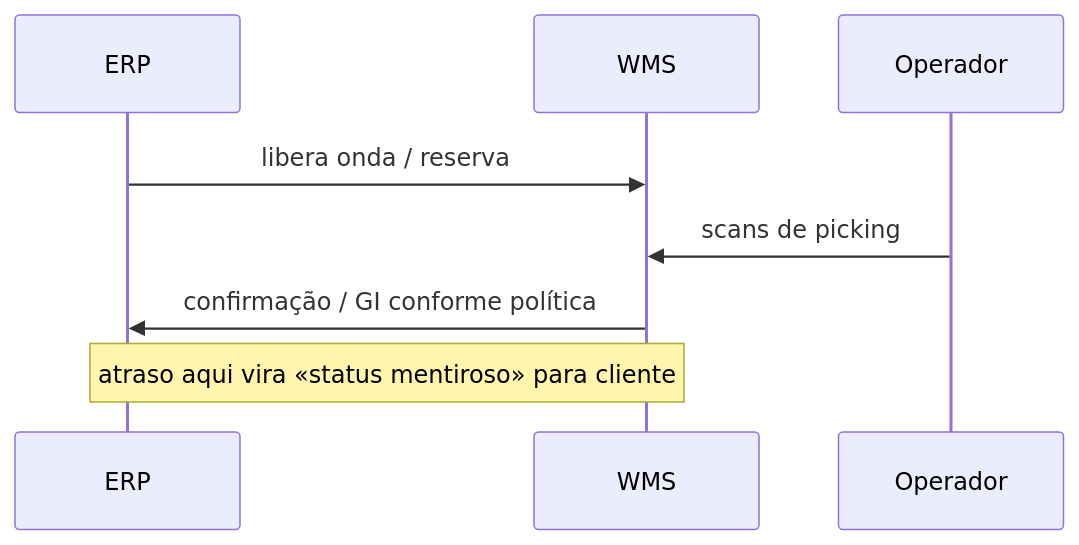
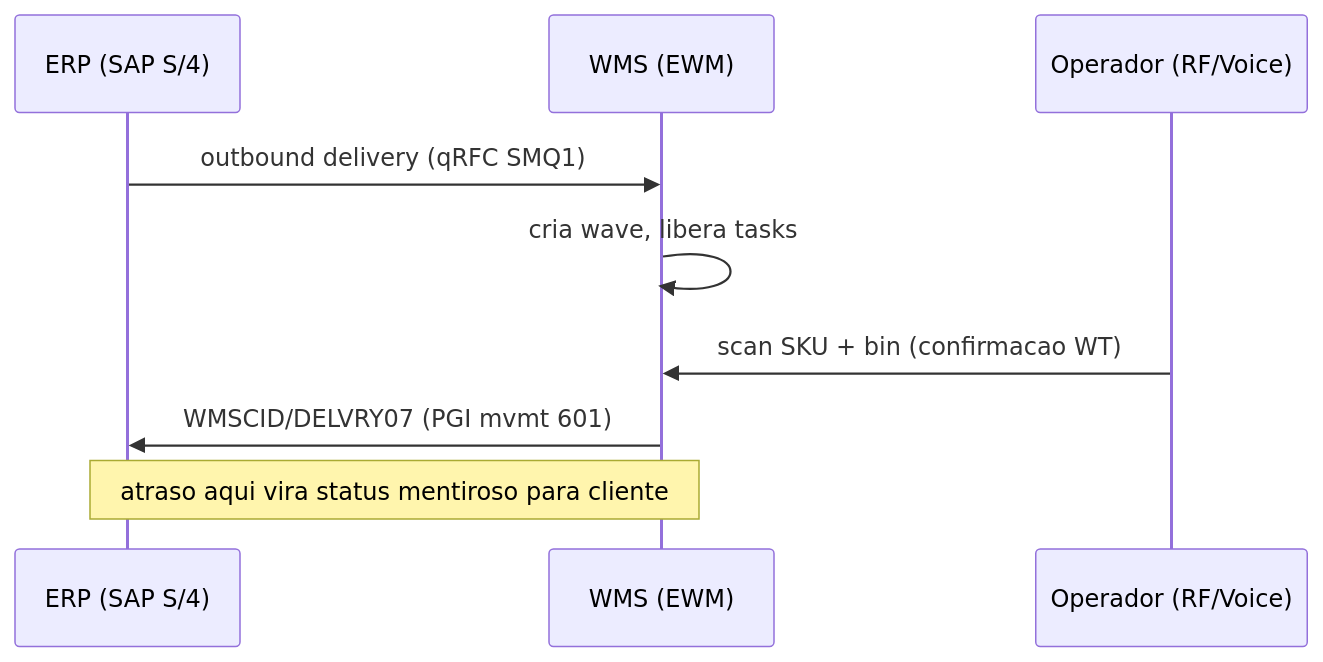
The second of 3 diagrams in aulas/trilha-tecnologia-e-sistemas/modulo-03-wms/aula-01-sinal-fisico-evento-wms.md (cleberhensel/logisticon-academy), drawn with Mermaid before and after one commit. The commit also changed other lines of this file and 122 other files, not shown here.

````diff
--- a/aulas/trilha-tecnologia-e-sistemas/modulo-03-wms/aula-01-sinal-fisico-evento-wms.md
+++ b/aulas/trilha-tecnologia-e-sistemas/modulo-03-wms/aula-01-sinal-fisico-evento-wms.md
@@ -62,10 +103,11 @@
 ```mermaid
 sequenceDiagram
-  participant ERP as ERP
-  participant W as WMS
-  participant Op as Operador
-  ERP->>W: libera onda / reserva
-  Op->>W: scans de picking
-  W->>ERP: confirmação / GI conforme política
-  Note over ERP,W: atraso aqui vira «status mentiroso» para cliente
+  participant ERP as ERP (SAP S/4)
+  participant W as WMS (EWM)
+  participant Op as Operador (RF/Voice)
+  ERP->>W: outbound delivery (qRFC SMQ1)
+  W->>W: cria wave, libera tasks
+  Op->>W: scan SKU + bin (confirmacao WT)
+  W->>ERP: WMSCID/DELVRY07 (PGI mvmt 601)
+  Note over ERP,W: atraso aqui vira status mentiroso para cliente
 ```
````
